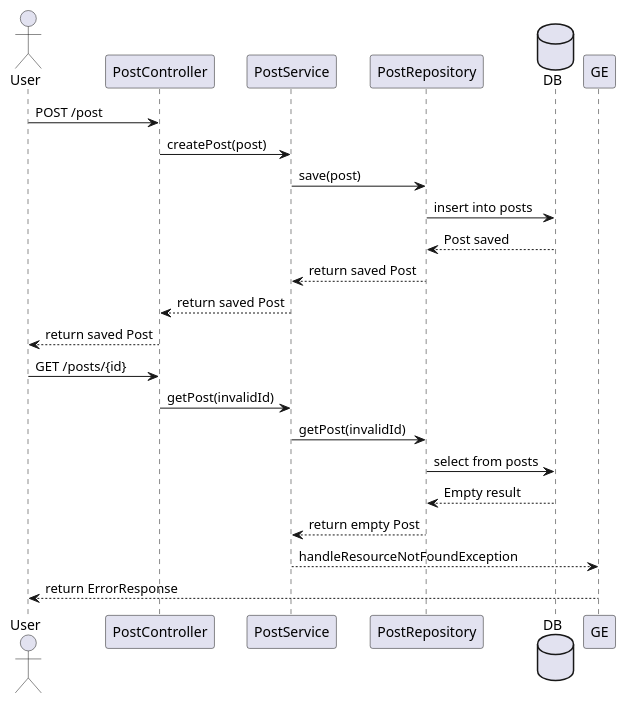
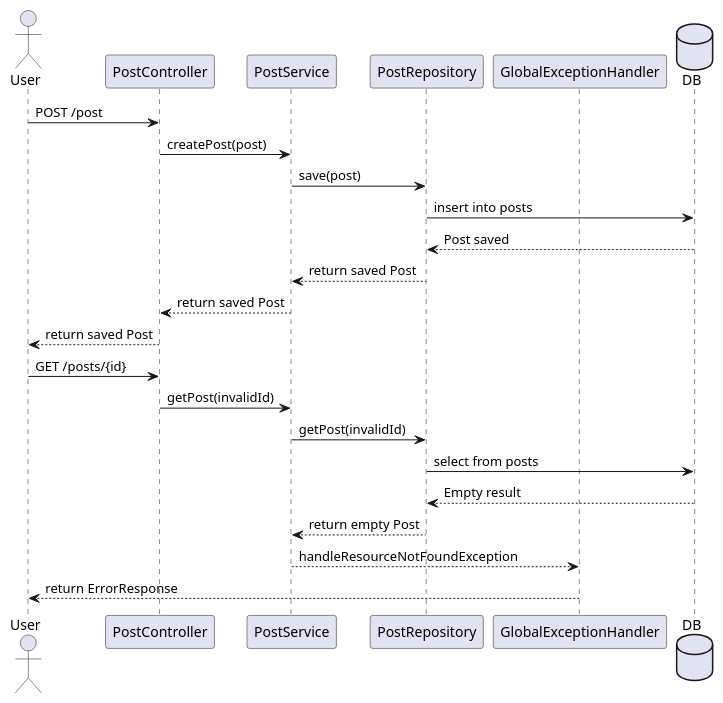
The diagram in plantuml/post-sequence.puml (MirasMahamood/post-app), drawn with PlantUML before and after one commit. The commit also changed 23 other files, not shown here.

```diff
--- a/plantuml/post-sequence.puml
+++ b/plantuml/post-sequence.puml
@@ -1,25 +1,26 @@
 @startuml
 actor User
 participant "PostController" as PC
 participant "PostService" as PS
 participant "PostRepository" as PR
+participant "GlobalExceptionHandler" as GE
 database DB
 
 User -> PC : POST /post
 PC -> PS : createPost(post)
 PS -> PR : save(post)
 PR -> DB : insert into posts
 DB --> PR : Post saved
 PR --> PS : return saved Post
 PS --> PC : return saved Post
 PC --> User : return saved Post
 
 User -> PC : GET /posts/{id}
 PC -> PS : getPost(invalidId)
 PS -> PR : getPost(invalidId)
 PR -> DB : select from posts
 DB --> PR : Empty result
 PR --> PS : return empty Post
 PS --> GE : handleResourceNotFoundException
 GE --> User : return ErrorResponse
 @enduml
```
